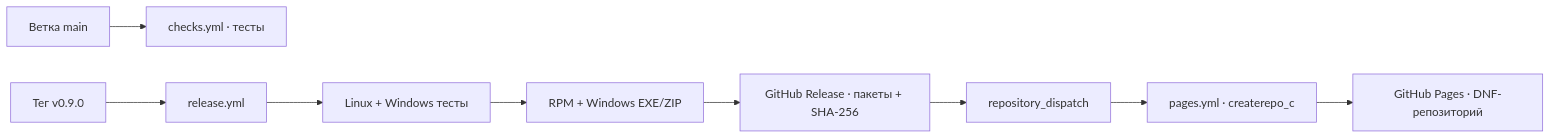
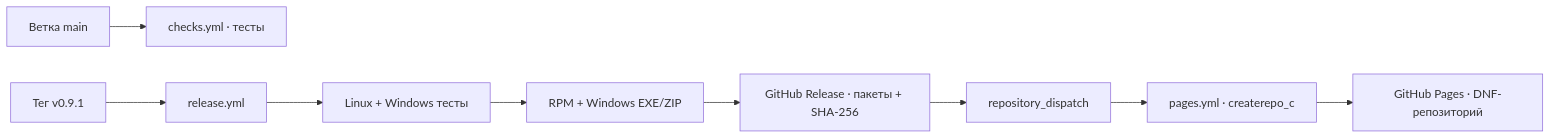
The second of 3 diagrams in PROGRAM_MAP.md (Kostya5232/naps3-redos), drawn with Mermaid before and after one commit. The commit also changed other lines of this file and 7 other files, not shown here.

````diff
--- a/PROGRAM_MAP.md
+++ b/PROGRAM_MAP.md
@@ -87,11 +87,11 @@
 ```mermaid
 flowchart LR
     MainBranch["Ветка main"] --> Checks["checks.yml · тесты"]
-    Tag["Тег v0.9.0"] --> Release["release.yml"]
+    Tag["Тег v0.9.1"] --> Release["release.yml"]
     Release --> Tests["Linux + Windows тесты"]
     Tests --> Build["RPM + Windows EXE/ZIP"]
     Build --> Assets["GitHub Release · пакеты + SHA-256"]
     Assets --> Dispatch["repository_dispatch"]
     Dispatch --> Pages["pages.yml · createrepo_c"]
     Pages --> DNF["GitHub Pages · DNF-репозиторий"]
 ```
````
